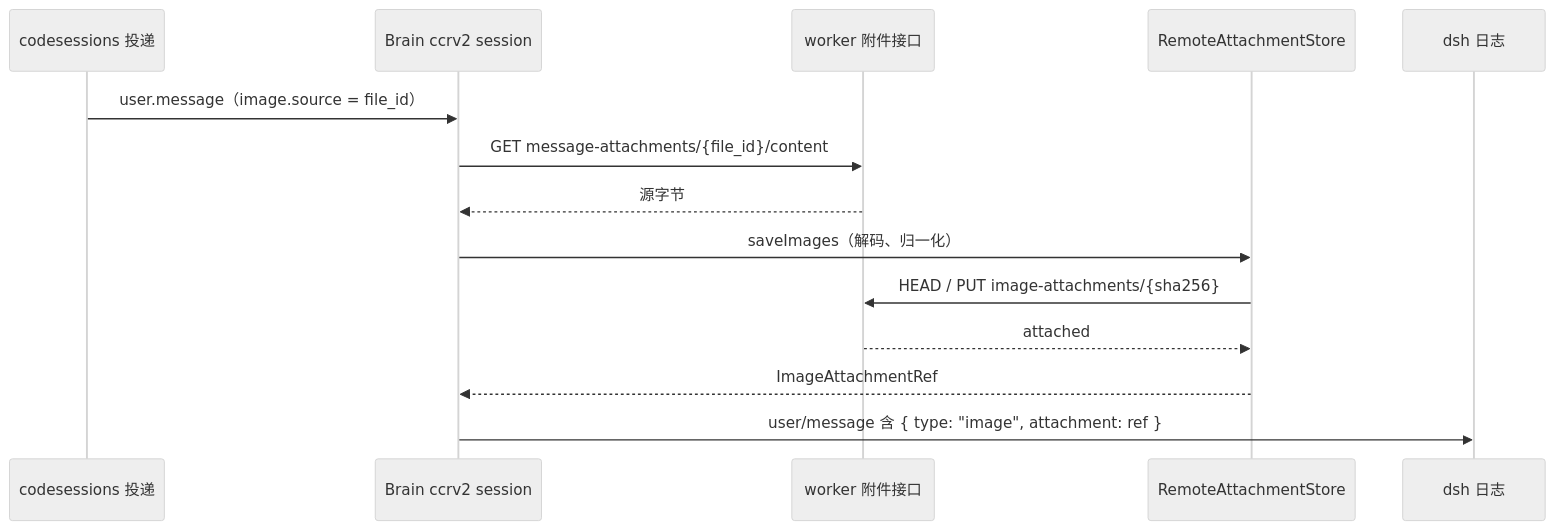
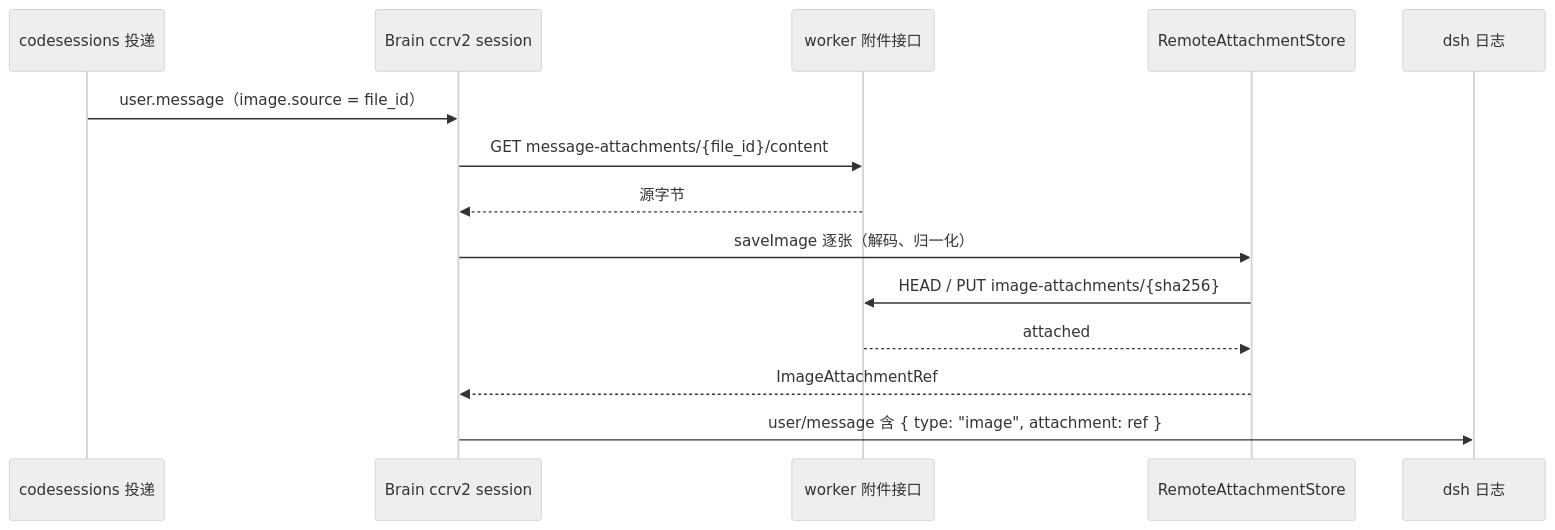
Before and after one commit to superduck-ai/open-managed-agents: the fourth of 6 diagrams in docs/design/be/brain-image-attachments.md, drawn with Mermaid (neutral theme). The commit also changed other lines of this file, not shown here.

First line of the commit message:
docs: clarify Brain handling of external file_id images

````diff
--- a/docs/design/be/brain-image-attachments.md
+++ b/docs/design/be/brain-image-attachments.md
@@ -195,16 +195,16 @@
 ```mermaid
 sequenceDiagram
     participant CS as codesessions 投递
     participant B as Brain ccrv2 session
     participant API as worker 附件接口
     participant RS as RemoteAttachmentStore
     participant LOG as dsh 日志
     CS->>B: user.message（image.source = file_id）
     B->>API: GET message-attachments/{file_id}/content
     API-->>B: 源字节
-    B->>RS: saveImages（解码、归一化）
+    B->>RS: saveImage 逐张（解码、归一化）
     RS->>API: HEAD / PUT image-attachments/{sha256}
     API-->>RS: attached
     RS-->>B: ImageAttachmentRef
     B->>LOG: user/message 含 { type: "image", attachment: ref }
 ```
````
